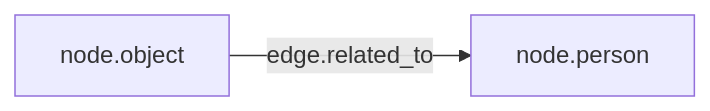
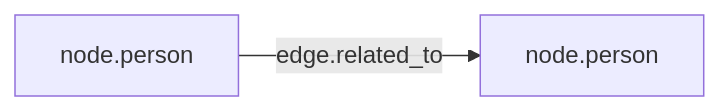
Before and after one commit to sbischoff-ai/exobrain: the diagram in apps/knowledge-interface/docs/grpc-api.md, drawn with Mermaid. The commit also changed 4 other files, not shown here.

Commit message:
feat(knowledge): evolve starter schema edges and message type

````diff
--- a/apps/knowledge-interface/docs/grpc-api.md
+++ b/apps/knowledge-interface/docs/grpc-api.md
@@ -52,6 +52,6 @@
 ```mermaid
 flowchart LR
-  A[node.object]
+  A[node.person]
   B[node.person]
   A -->|edge.related_to| B
 ```
````
